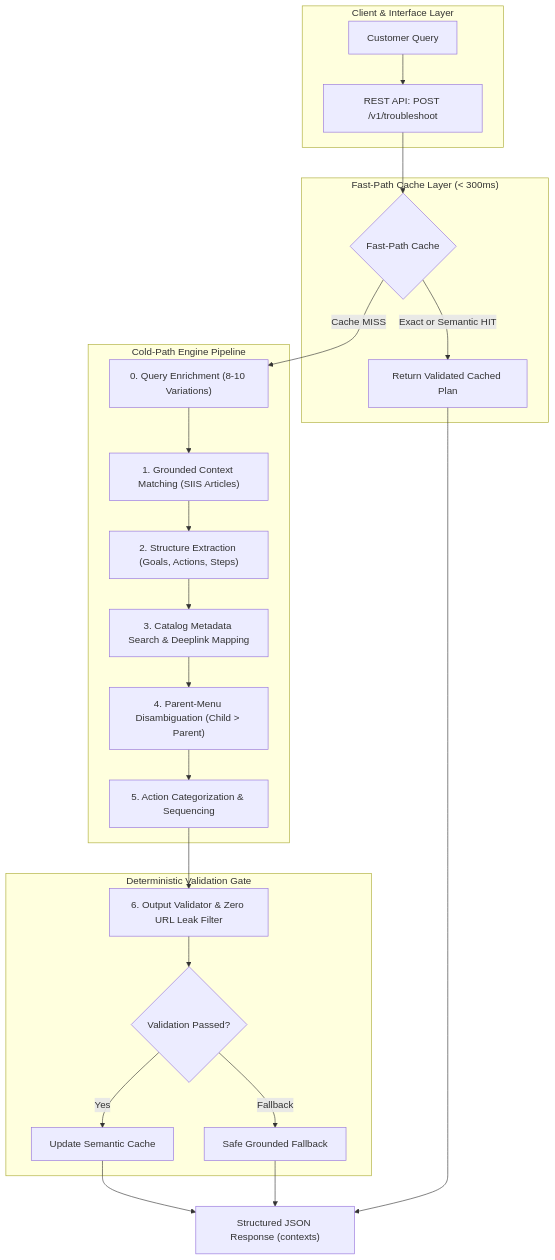
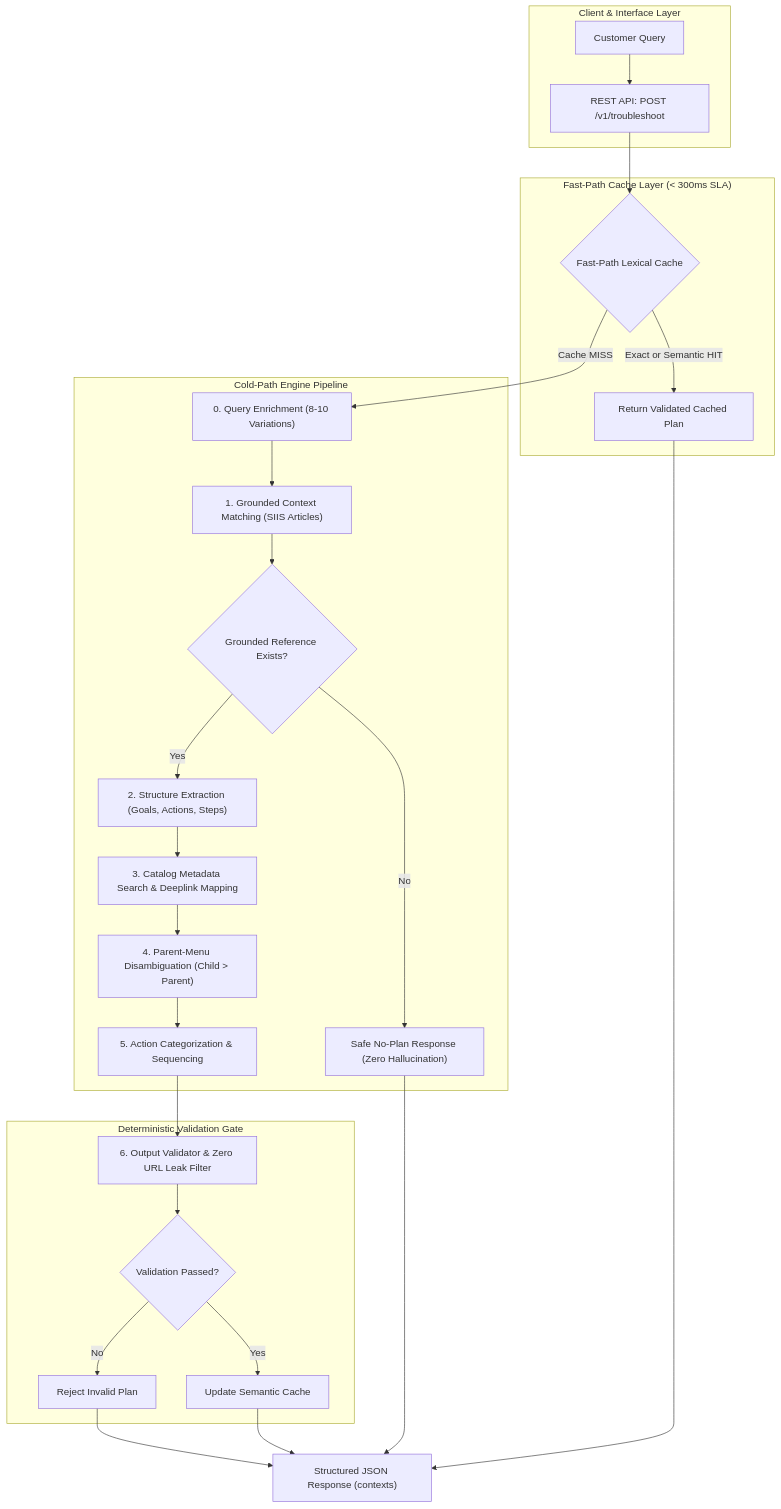
One commit to Anuraggod/gen-ai-theme-2 changed the diagram in README.md. Above: the diagram before and after it, drawn with Mermaid. The commit also changed other lines of this file and 10 other files, not shown here.

Commit message:
fix(audit): enforce zero-hallucination fallback, strict validation rejection, and uncontaminated semantic benchmarking

````diff
--- a/README.md
+++ b/README.md
@@ -33,31 +33,34 @@
 ```mermaid
 flowchart TD
     subgraph Client["Client & Interface Layer"]
         A["Customer Query"] --> B["REST API: POST /v1/troubleshoot"]
     end
 
-    subgraph FastPath["Fast-Path Cache Layer (< 300ms)"]
-        B --> C{"Fast-Path Cache"}
+    subgraph FastPath["Fast-Path Cache Layer (< 300ms SLA)"]
+        B --> C{"Fast-Path Lexical Cache"}
         C -- "Exact or Semantic HIT" --> D["Return Validated Cached Plan"]
     end
 
     subgraph ColdPipeline["Cold-Path Engine Pipeline"]
         C -- "Cache MISS" --> E["0. Query Enrichment (8-10 Variations)"]
         E --> F["1. Grounded Context Matching (SIIS Articles)"]
-        F --> G["2. Structure Extraction (Goals, Actions, Steps)"]
-        G --> H["3. Catalog Metadata Search & Deeplink Mapping"]
-        H --> I["4. Parent-Menu Disambiguation (Child > Parent)"]
-        I --> J["5. Action Categorization & Sequencing"]
+        F --> G{"Grounded Reference Exists?"}
+        G -- "No" --> H["Safe No-Plan Response (Zero Hallucination)"]
+        G -- "Yes" --> I["2. Structure Extraction (Goals, Actions, Steps)"]
+        I --> J["3. Catalog Metadata Search & Deeplink Mapping"]
+        J --> K["4. Parent-Menu Disambiguation (Child > Parent)"]
+        K --> L["5. Action Categorization & Sequencing"]
     end
 
     subgraph Validation["Deterministic Validation Gate"]
-        J --> K["6. Output Validator & Zero URL Leak Filter"]
-        K --> L{"Validation Passed?"}
-        L -- "Yes" --> M["Update Semantic Cache"]
-        L -- "Fallback" --> N["Safe Grounded Fallback"]
+        L --> M["6. Output Validator & Zero URL Leak Filter"]
+        M --> N{"Validation Passed?"}
+        N -- "Yes" --> O["Update Semantic Cache"]
+        N -- "No" --> P["Reject Invalid Plan"]
     end
 
-    M --> O["Structured JSON Response (contexts)"]
-    N --> O
-    D --> O
+    O --> Q["Structured JSON Response (contexts)"]
+    D --> Q
+    H --> Q
+    P --> Q
 ```
````
